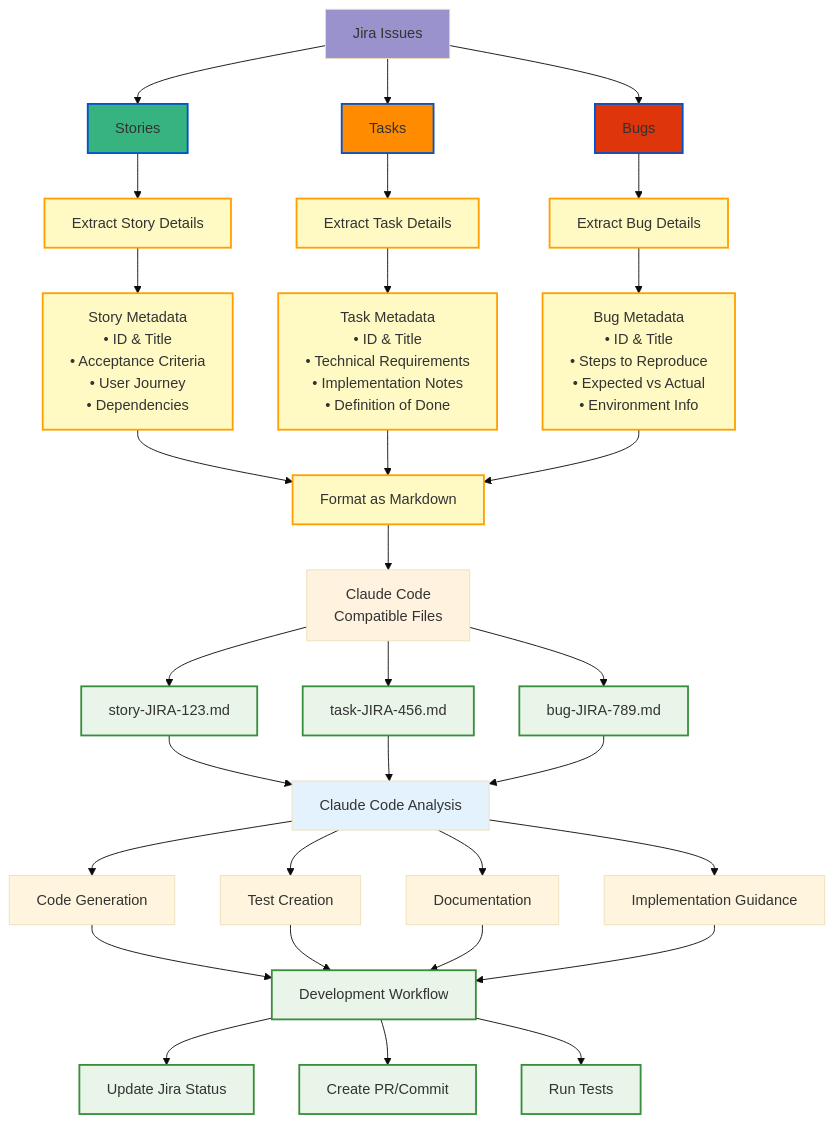
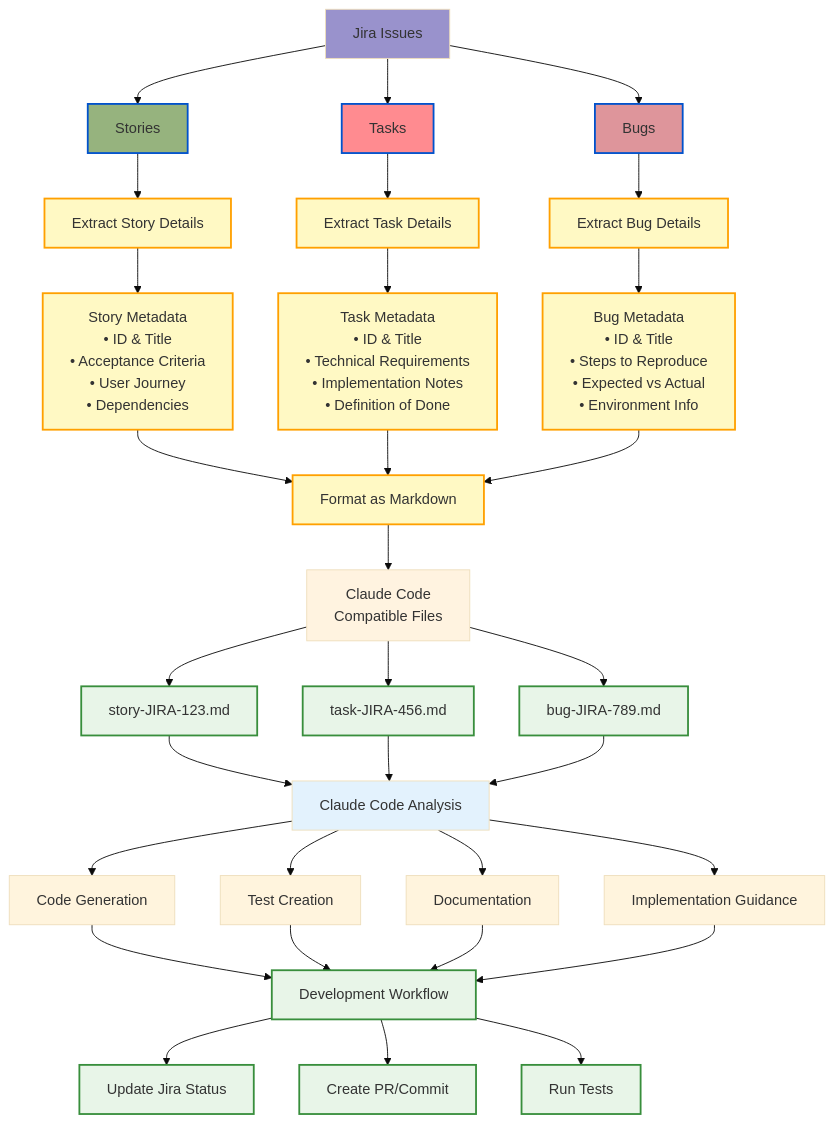
Before and after one commit to benthomasson/sig-ai: the diagram in diagrams/jira-to-claude.md, drawn with Mermaid (base theme).

````diff
--- a/diagrams/jira-to-claude.md
+++ b/diagrams/jira-to-claude.md
@@ -5,58 +5,58 @@
 ```mermaid
 flowchart TD
     A[Jira Issues] --> B[Stories]
     A --> C[Tasks]
     A --> D[Bugs]
     
     B --> E[Extract Story Details]
     C --> F[Extract Task Details]
     D --> G[Extract Bug Details]
     
     E --> H[Story Metadata<br/>• ID & Title<br/>• Acceptance Criteria<br/>• User Journey<br/>• Dependencies]
     F --> I[Task Metadata<br/>• ID & Title<br/>• Technical Requirements<br/>• Implementation Notes<br/>• Definition of Done]
     G --> J[Bug Metadata<br/>• ID & Title<br/>• Steps to Reproduce<br/>• Expected vs Actual<br/>• Environment Info]
     
     H --> K[Format as Markdown]
     I --> K
     J --> K
     
     K --> L[Claude Code<br/>Compatible Files]
     
     L --> M[story-JIRA-123.md]
     L --> N[task-JIRA-456.md]
     L --> O[bug-JIRA-789.md]
     
     M --> P[Claude Code Analysis]
     N --> P
     O --> P
     
     P --> Q[Code Generation]
     P --> R[Test Creation]
     P --> S[Documentation]
     P --> T[Implementation Guidance]
     
     Q --> U[Development Workflow]
     R --> U
     S --> U
     T --> U
     
     U --> V[Update Jira Status]
     U --> W[Create PR/Commit]
     U --> X[Run Tests]
     
     style A fill:#9992cc
-    style B fill:#36b37e
-    style C fill:#ff8b00
-    style D fill:#de350b
+    style B fill:#96b37e
+    style C fill:#ff8b90
+    style D fill:#de959b
     style L fill:#fff3e0
     style P fill:#e3f2fd
     style U fill:#e8f5e8
     
     classDef jiraIssue fill:#f0f8ff,stroke:#0052cc,stroke-width:2px
     classDef processing fill:#fff9c4,stroke:#ffa000,stroke-width:2px
     classDef output fill:#e8f5e8,stroke:#388e3c,stroke-width:2px
     
     class B,C,D jiraIssue
     class E,F,G,H,I,J,K processing
     class M,N,O,U,V,W,X output
 ```
````
